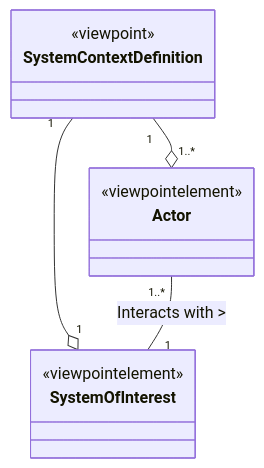
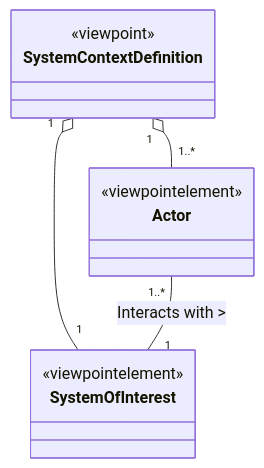
One commit to DSD-DBS/mbse-handbook changed the diagram in docs/modeling_rules/Viewpoints/AMOD-119.md. Above: the diagram before and after it, drawn with Mermaid.

Commit message:
Fixed errors

````diff
--- a/docs/modeling_rules/Viewpoints/AMOD-119.md
+++ b/docs/modeling_rules/Viewpoints/AMOD-119.md
@@ -15,14 +15,14 @@
 ``` mermaid
 classDiagram
-direction TB 
+direction TB
 class SystemContextDefinition 
 <<viewpoint>> SystemContextDefinition
 class SystemOfInterest
 <<viewpointelement>> SystemOfInterest
 class Actor
 <<viewpointelement>> Actor
 
-SystemContextDefinition "1" --o "1" SystemOfInterest
-SystemContextDefinition "1" --o "1..*" Actor
+SystemContextDefinition "1" o-- "1" SystemOfInterest
+SystemContextDefinition "1" o-- "1..*" Actor
 Actor "1..*" -- "1" SystemOfInterest : Interacts with > 
 ```
````
